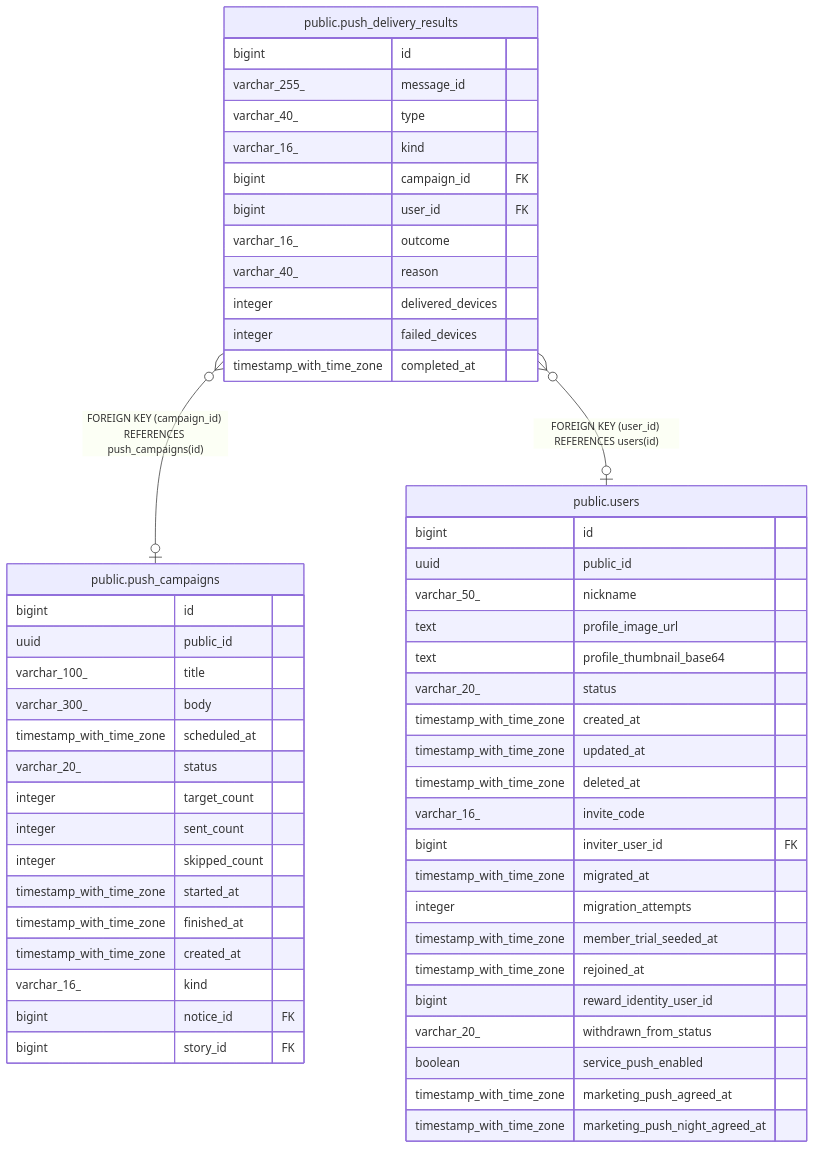
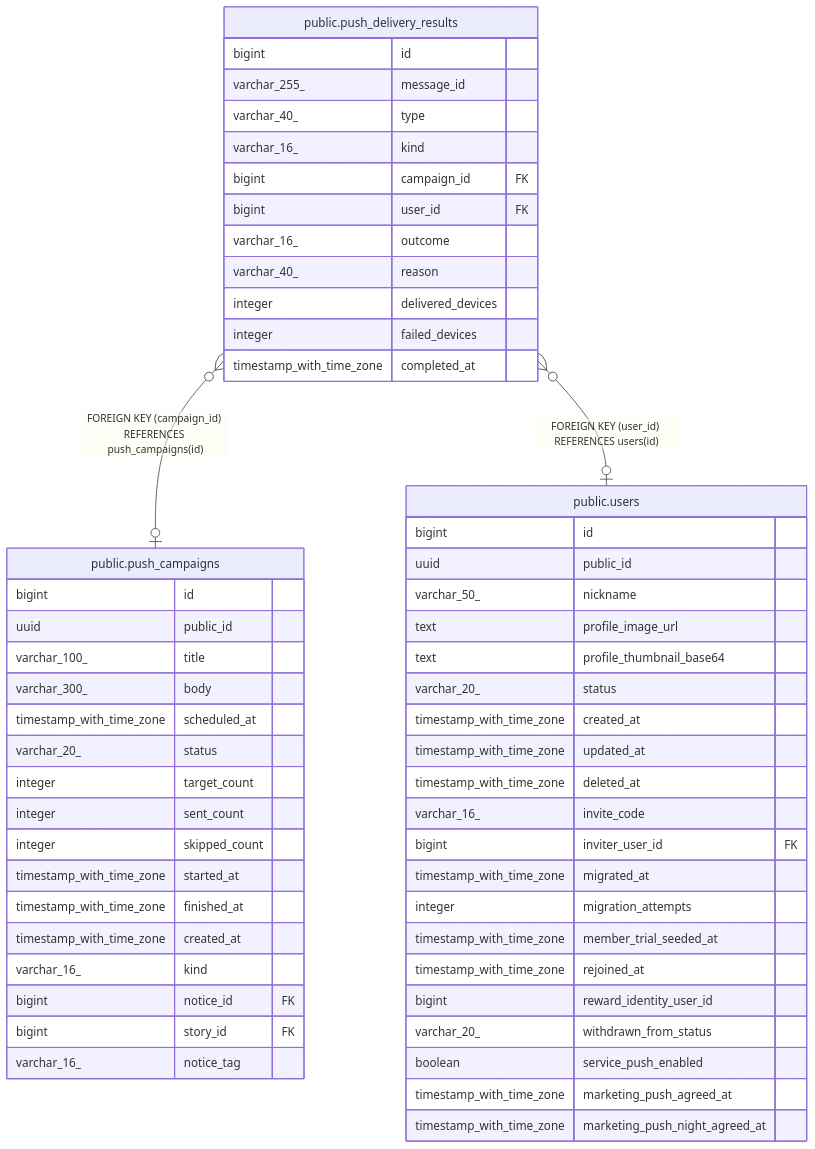
One commit to KIM-N-KANG/manyak-server changed the diagram in dbdoc/public.push_delivery_results.md. Above: the diagram before and after it, drawn with Mermaid. The commit also changed 47 other files, not shown here.

````diff
--- a/dbdoc/public.push_delivery_results.md
+++ b/dbdoc/public.push_delivery_results.md
@@ -43,59 +43,60 @@
 ```mermaid
 erDiagram
 
 "public.push_delivery_results" }o--o| "public.push_campaigns" : "FOREIGN KEY (campaign_id) REFERENCES push_campaigns(id)"
 "public.push_delivery_results" }o--o| "public.users" : "FOREIGN KEY (user_id) REFERENCES users(id)"
 
 "public.push_delivery_results" {
   bigint id
   varchar_255_ message_id
   varchar_40_ type
   varchar_16_ kind
   bigint campaign_id FK
   bigint user_id FK
   varchar_16_ outcome
   varchar_40_ reason
   integer delivered_devices
   integer failed_devices
   timestamp_with_time_zone completed_at
 }
 "public.push_campaigns" {
   bigint id
   uuid public_id
   varchar_100_ title
   varchar_300_ body
   timestamp_with_time_zone scheduled_at
   varchar_20_ status
   integer target_count
   integer sent_count
   integer skipped_count
   timestamp_with_time_zone started_at
   timestamp_with_time_zone finished_at
   timestamp_with_time_zone created_at
   varchar_16_ kind
   bigint notice_id FK
   bigint story_id FK
+  varchar_16_ notice_tag
 }
 "public.users" {
   bigint id
   uuid public_id
   varchar_50_ nickname
   text profile_image_url
   text profile_thumbnail_base64
   varchar_20_ status
   timestamp_with_time_zone created_at
   timestamp_with_time_zone updated_at
   timestamp_with_time_zone deleted_at
   varchar_16_ invite_code
   bigint inviter_user_id FK
   timestamp_with_time_zone migrated_at
   integer migration_attempts
   timestamp_with_time_zone member_trial_seeded_at
   timestamp_with_time_zone rejoined_at
   bigint reward_identity_user_id
   varchar_20_ withdrawn_from_status
   boolean service_push_enabled
   timestamp_with_time_zone marketing_push_agreed_at
   timestamp_with_time_zone marketing_push_night_agreed_at
 }
 ```
````
